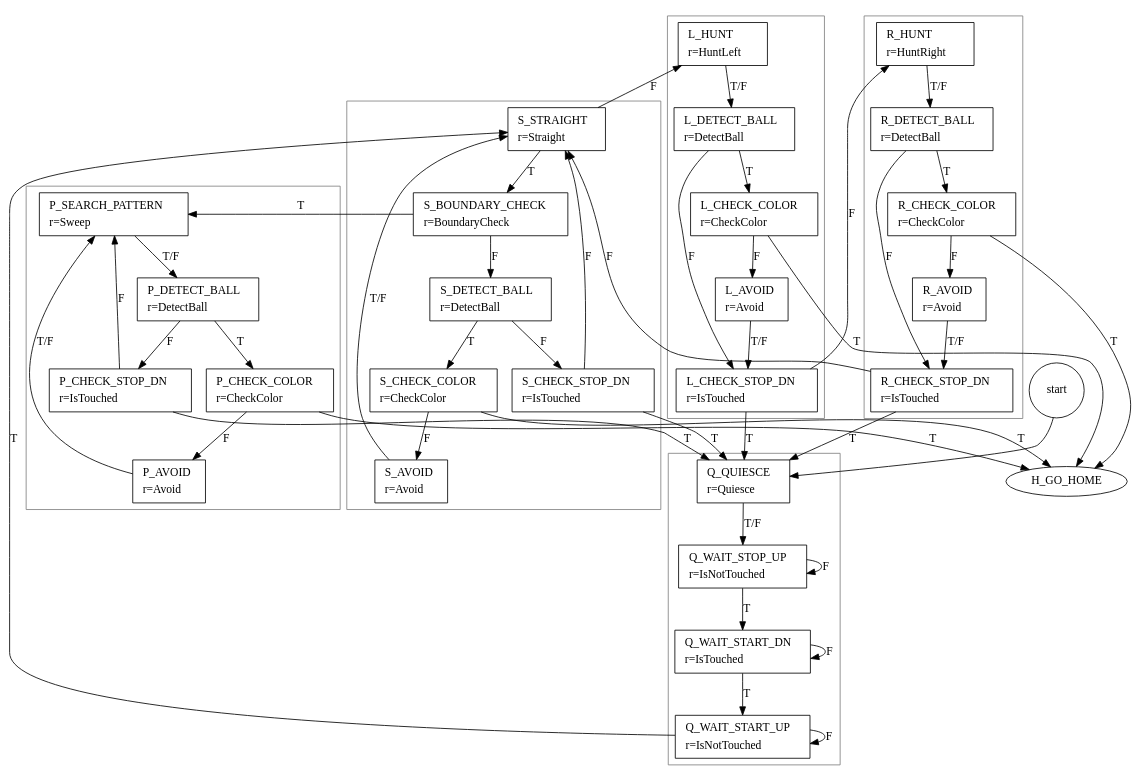
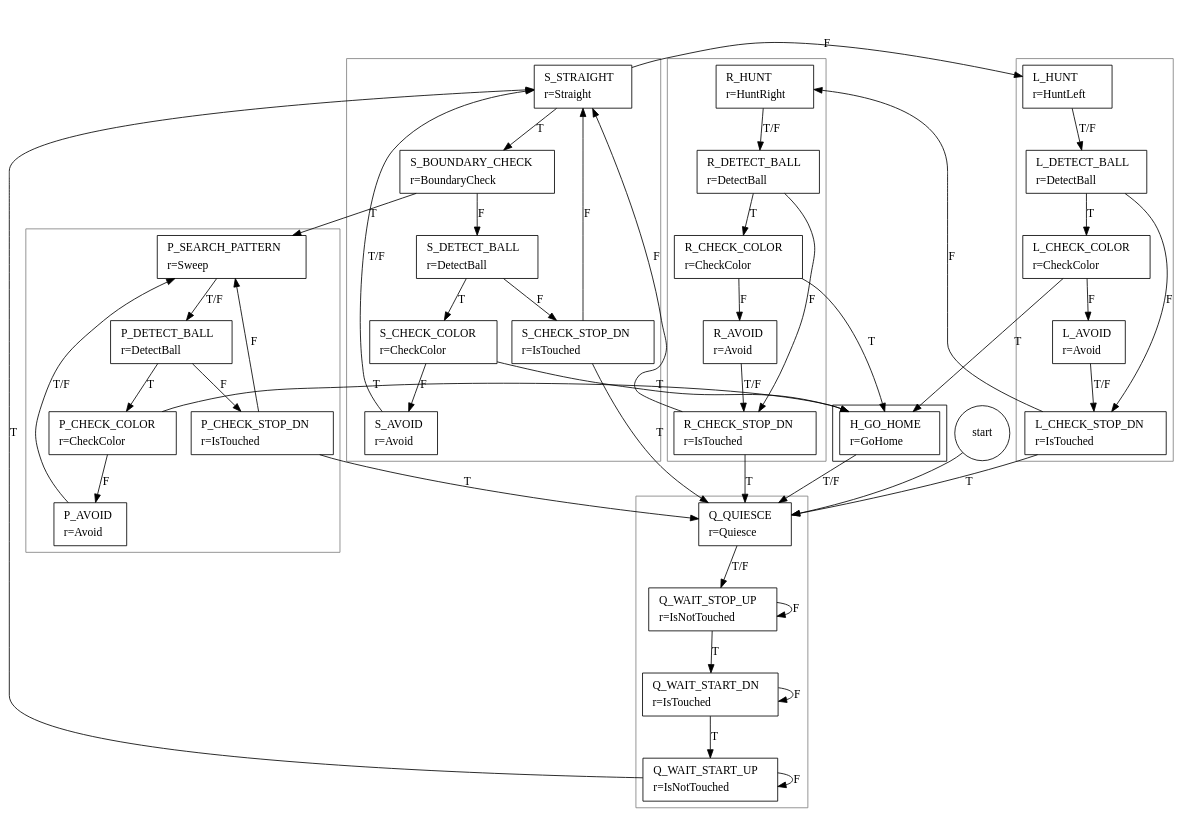
The diagram in FSM.dot (greck/0xDEADBEEF), drawn with Graphviz before and after one commit. The commit also changed 3 other files, not shown here.

```diff
--- a/FSM.dot
+++ b/FSM.dot
@@ -1,114 +1,122 @@
 digraph FSM {
 
 "START" [ shape=circle label="start" ];
 
 	subgraph cluster_0 {
 
 		color = gray;
 
 		Q_QUIESCE        [ shape=box label=<<table border="0"><tr><td align="left">Q_QUIESCE</td></tr><tr><td align="left">r=Quiesce</td></tr></table>> ];
 		Q_WAIT_STOP_UP   [ shape=box label=<<table border="0"><tr><td align="left">Q_WAIT_STOP_UP</td></tr><tr><td align="left">r=IsNotTouched</td></tr></table>> ];
 		Q_WAIT_START_DN  [ shape=box label=<<table border="0"><tr><td align="left">Q_WAIT_START_DN</td></tr><tr><td align="left">r=IsTouched</td></tr></table>> ];
 		Q_WAIT_START_UP  [ shape=box label=<<table border="0"><tr><td align="left">Q_WAIT_START_UP</td></tr><tr><td align="left">r=IsNotTouched</td></tr></table>> ];
 
 	}
 
 
 	subgraph cluster_1 {
 	
 		color = gray;
 
 		S_STRAIGHT       [ shape=box label=<<table border="0"><tr><td align="left">S_STRAIGHT</td></tr><tr><td align="left">r=Straight</td></tr></table>> ];
 		S_BOUNDARY_CHECK [ shape=box label=<<table border="0"><tr><td align="left">S_BOUNDARY_CHECK</td></tr><tr><td align="left">r=BoundaryCheck</td></tr></table>> ];
 		S_DETECT_BALL    [ shape=box label=<<table border="0"><tr><td align="left">S_DETECT_BALL</td></tr><tr><td align="left">r=DetectBall</td></tr></table>> ];
 		S_CHECK_COLOR    [ shape=box label=<<table border="0"><tr><td align="left">S_CHECK_COLOR</td></tr><tr><td align="left">r=CheckColor</td></tr></table>> ];
 		S_AVOID          [ shape=box label=<<table border="0"><tr><td align="left">S_AVOID</td></tr><tr><td align="left">r=Avoid</td></tr></table>> ];
 		S_CHECK_STOP_DN  [ shape=box label=<<table border="0"><tr><td align="left">S_CHECK_STOP_DN</td></tr><tr><td align="left">r=IsTouched</td></tr></table>> ];
 
 	}		
 
 	subgraph cluster_2 {
 	
 		color = gray;
 
 		L_HUNT           [ shape=box label=<<table border="0"><tr><td align="left">L_HUNT</td></tr><tr><td align="left">r=HuntLeft</td></tr></table>> ];
 		L_DETECT_BALL    [ shape=box label=<<table border="0"><tr><td align="left">L_DETECT_BALL</td></tr><tr><td align="left">r=DetectBall</td></tr></table>> ];
 		L_CHECK_COLOR    [ shape=box label=<<table border="0"><tr><td align="left">L_CHECK_COLOR</td></tr><tr><td align="left">r=CheckColor</td></tr></table>> ];
 		L_AVOID          [ shape=box label=<<table border="0"><tr><td align="left">L_AVOID</td></tr><tr><td align="left">r=Avoid</td></tr></table>> ];
 		L_CHECK_STOP_DN  [ shape=box label=<<table border="0"><tr><td align="left">L_CHECK_STOP_DN</td></tr><tr><td align="left">r=IsTouched</td></tr></table>> ];
 
 	}		
 
 	subgraph cluster_3 {
 	
 		color = gray;
 
 		R_HUNT           [ shape=box label=<<table border="0"><tr><td align="left">R_HUNT</td></tr><tr><td align="left">r=HuntRight</td></tr></table>> ];
 		R_DETECT_BALL    [ shape=box label=<<table border="0"><tr><td align="left">R_DETECT_BALL</td></tr><tr><td align="left">r=DetectBall</td></tr></table>> ];
 		R_CHECK_COLOR    [ shape=box label=<<table border="0"><tr><td align="left">R_CHECK_COLOR</td></tr><tr><td align="left">r=CheckColor</td></tr></table>> ];
 		R_AVOID          [ shape=box label=<<table border="0"><tr><td align="left">R_AVOID</td></tr><tr><td align="left">r=Avoid</td></tr></table>> ];
 		R_CHECK_STOP_DN  [ shape=box label=<<table border="0"><tr><td align="left">R_CHECK_STOP_DN</td></tr><tr><td align="left">r=IsTouched</td></tr></table>> ];
 
 	}		
 
 	subgraph cluster_4 {
 	
 		color = gray;
 
 		P_SEARCH_PATTERN [ shape=box label=<<table border="0"><tr><td align="left">P_SEARCH_PATTERN</td></tr><tr><td align="left">r=Sweep</td></tr></table>> ];
 		P_DETECT_BALL    [ shape=box label=<<table border="0"><tr><td align="left">P_DETECT_BALL</td></tr><tr><td align="left">r=DetectBall</td></tr></table>> ];
 		P_CHECK_COLOR    [ shape=box label=<<table border="0"><tr><td align="left">P_CHECK_COLOR</td></tr><tr><td align="left">r=CheckColor</td></tr></table>> ];
 		P_AVOID          [ shape=box label=<<table border="0"><tr><td align="left">P_AVOID</td></tr><tr><td align="left">r=Avoid</td></tr></table>> ];
 		P_CHECK_STOP_DN  [ shape=box label=<<table border="0"><tr><td align="left">P_CHECK_STOP_DN</td></tr><tr><td align="left">r=IsTouched</td></tr></table>> ];
 
-	}		
+	}
+	
+	subgraph cluster_5 {
+	
+		H_GO_HOME        [ shape=box label=<<table border="0"><tr><td align="left">H_GO_HOME</td></tr><tr><td align="left">r=GoHome</td></tr></table>> ];
+	
+	}
 
 	START            -> Q_QUIESCE;
 	Q_QUIESCE        -> Q_WAIT_STOP_UP   [ label = "T/F" ];
 	Q_WAIT_STOP_UP   -> Q_WAIT_START_DN  [ label = "T" ];
 	Q_WAIT_STOP_UP   -> Q_WAIT_STOP_UP   [ label = "F" ];
 	Q_WAIT_START_DN  -> Q_WAIT_START_UP  [ label = "T" ];
 	Q_WAIT_START_DN  -> Q_WAIT_START_DN  [ label = "F" ];
 	Q_WAIT_START_UP  -> S_STRAIGHT       [ label = "T" ];
 	Q_WAIT_START_UP  -> Q_WAIT_START_UP  [ label = "F" ];
 
 	S_STRAIGHT       -> S_BOUNDARY_CHECK [ label = "T" ];
 	S_STRAIGHT       -> L_HUNT           [ label = "F" ];
 	S_BOUNDARY_CHECK -> P_SEARCH_PATTERN [ label = "T" ];
 	S_BOUNDARY_CHECK -> S_DETECT_BALL    [ label = "F" ];
 	S_DETECT_BALL    -> S_CHECK_COLOR    [ label = "T" ];
 	S_DETECT_BALL    -> S_CHECK_STOP_DN  [ label = "F" ];
 	S_CHECK_COLOR    -> H_GO_HOME        [ label = "T" ];
 	S_CHECK_COLOR    -> S_AVOID          [ label = "F" ];
 	S_AVOID          -> S_STRAIGHT       [ label = "T/F" ];
 	S_CHECK_STOP_DN  -> Q_QUIESCE        [ label = "T" ];
 	S_CHECK_STOP_DN  -> S_STRAIGHT       [ label = "F" ];
 
 	L_HUNT           -> L_DETECT_BALL    [ label = "T/F" ];
 	L_DETECT_BALL    -> L_CHECK_COLOR    [ label = "T" ];
 	L_DETECT_BALL    -> L_CHECK_STOP_DN  [ label = "F" ];
 	L_CHECK_COLOR    -> H_GO_HOME        [ label = "T" ];
 	L_CHECK_COLOR    -> L_AVOID          [ label = "F" ];
 	L_AVOID          -> L_CHECK_STOP_DN  [ label = "T/F" ];
 	L_CHECK_STOP_DN  -> Q_QUIESCE        [ label = "T" ];
 	L_CHECK_STOP_DN  -> R_HUNT           [ label = "F" ];
 
 	R_HUNT           -> R_DETECT_BALL    [ label = "T/F" ];
 	R_DETECT_BALL    -> R_CHECK_COLOR    [ label = "T" ];
 	R_DETECT_BALL    -> R_CHECK_STOP_DN  [ label = "F" ];
 	R_CHECK_COLOR    -> H_GO_HOME        [ label = "T" ];
 	R_CHECK_COLOR    -> R_AVOID          [ label = "F" ];
 	R_AVOID          -> R_CHECK_STOP_DN  [ label = "T/F" ];
 	R_CHECK_STOP_DN  -> Q_QUIESCE        [ label = "T" ];
 	R_CHECK_STOP_DN  -> S_STRAIGHT       [ label = "F" ];
 
 	P_SEARCH_PATTERN -> P_DETECT_BALL    [ label = "T/F" ];
 	P_DETECT_BALL    -> P_CHECK_COLOR    [ label = "T" ];
 	P_DETECT_BALL    -> P_CHECK_STOP_DN  [ label = "F" ];
 	P_CHECK_COLOR    -> H_GO_HOME        [ label = "T" ];
 	P_CHECK_COLOR    -> P_AVOID          [ label = "F" ];
 	P_AVOID          -> P_SEARCH_PATTERN [ label = "T/F" ];
 	P_CHECK_STOP_DN  -> Q_QUIESCE        [ label = "T" ];
 	P_CHECK_STOP_DN  -> P_SEARCH_PATTERN [ label = "F" ];
 	
+	H_GO_HOME        -> Q_QUIESCE        [ label = "T/F" ];
+	
 }
```
